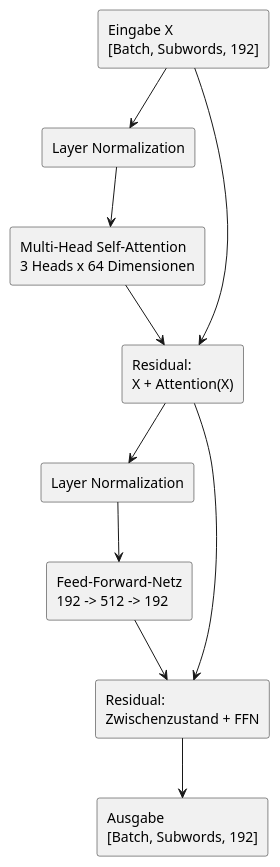
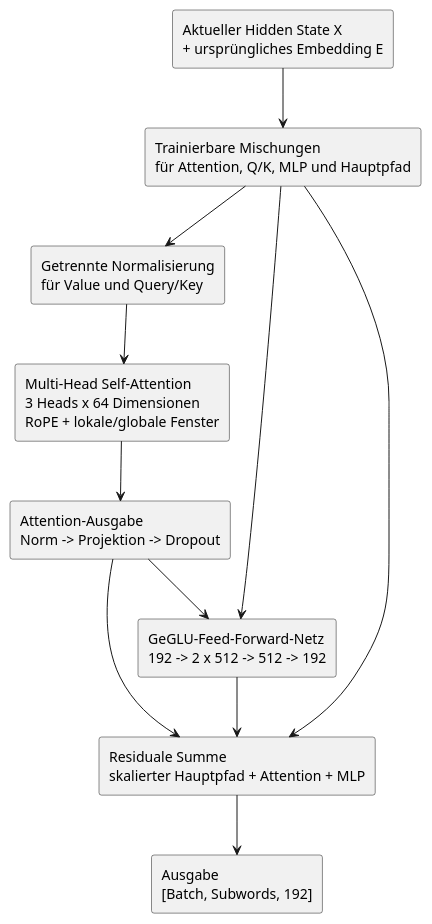
The third of 8 diagrams in docs/ARCHITECTURE.md (dmlux/Prism), drawn with PlantUML before and after one commit. The commit also changed other lines of this file and 54 other files, not shown here.

````diff
--- a/docs/ARCHITECTURE.md
+++ b/docs/ARCHITECTURE.md
@@ -374,25 +476,26 @@
 ```plantuml
 @startuml transformer-block
 skinparam backgroundColor transparent
 skinparam shadowing false
 
-rectangle "Eingabe X\n[Batch, Subwords, 192]" as X
-rectangle "Layer Normalization" as LN1
-rectangle "Multi-Head Self-Attention\n3 Heads x 64 Dimensionen" as Attention
-rectangle "Residual:\nX + Attention(X)" as Residual1
-rectangle "Layer Normalization" as LN2
-rectangle "Feed-Forward-Netz\n192 -> 512 -> 192" as FFN
-rectangle "Residual:\nZwischenzustand + FFN" as Residual2
+rectangle "Aktueller Hidden State X\n+ ursprüngliches Embedding E" as X
+rectangle "Trainierbare Mischungen\nfür Attention, Q/K, MLP und Hauptpfad" as Mix
+rectangle "Getrennte Normalisierung\nfür Value und Query/Key" as LN1
+rectangle "Multi-Head Self-Attention\n3 Heads x 64 Dimensionen\nRoPE + lokale/globale Fenster" as Attention
+rectangle "Attention-Ausgabe\nNorm -> Projektion -> Dropout" as Residual1
+rectangle "GeGLU-Feed-Forward-Netz\n192 -> 2 x 512 -> 512 -> 192" as FFN
+rectangle "Residuale Summe\nskalierter Hauptpfad + Attention + MLP" as Residual2
 rectangle "Ausgabe\n[Batch, Subwords, 192]" as Output
 
-X --> LN1
+X --> Mix
+Mix --> LN1
 LN1 --> Attention
 Attention --> Residual1
-X --> Residual1
-Residual1 --> LN2
-LN2 --> FFN
+Mix --> FFN
+Residual1 --> FFN
 FFN --> Residual2
+Mix --> Residual2
 Residual1 --> Residual2
 Residual2 --> Output
 @enduml
 ```
````
